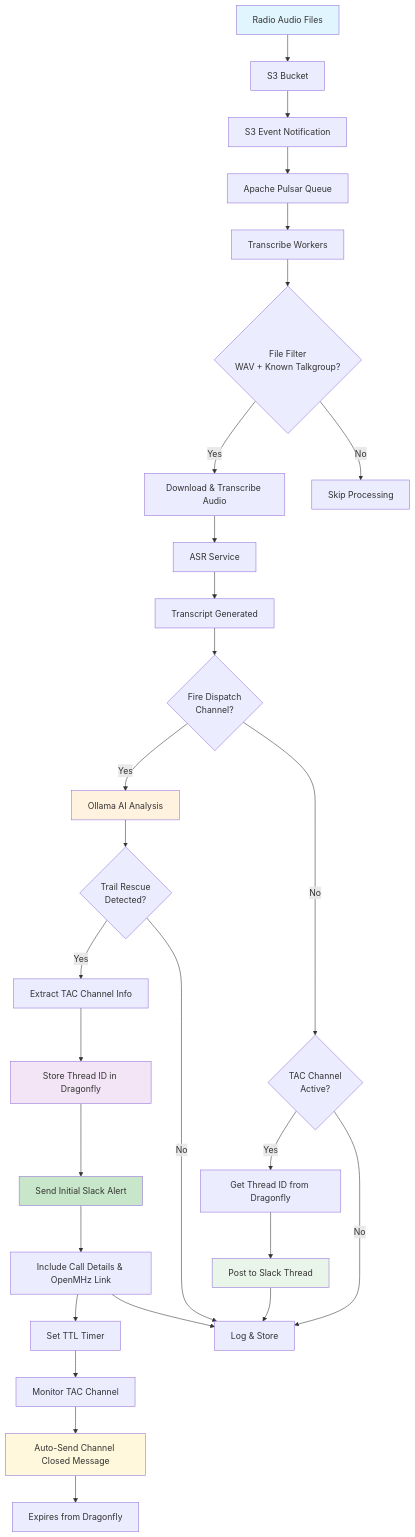
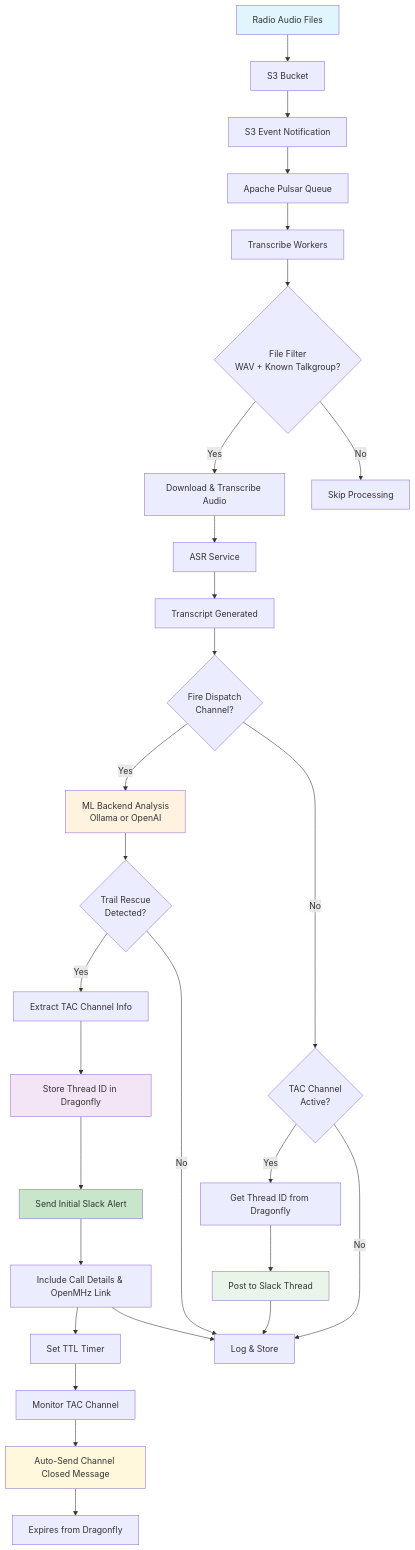
One commit to searchandrescuegg/transcribe changed the diagram in README.md. Above: the diagram before and after it, drawn with Mermaid. The commit also changed other lines of this file and 11 other files, not shown here.

````diff
--- a/README.md
+++ b/README.md
@@ -42,45 +45,45 @@
 ```mermaid
 flowchart TD
     A[Radio Audio Files] --> B[S3 Bucket]
     B --> C[S3 Event Notification]
     C --> D[Apache Pulsar Queue]
     D --> E[Transcribe Workers]
     
     E --> F{File Filter<br/>WAV + Known Talkgroup?}
     F -->|Yes| G[Download & Transcribe Audio]
     F -->|No| Z[Skip Processing]
     
     G --> H[ASR Service]
     H --> I[Transcript Generated]
     
     I --> J{Fire Dispatch<br/>Channel?}
-    J -->|Yes| K[Ollama AI Analysis]
+    J -->|Yes| K[ML Backend Analysis<br/>Ollama or OpenAI]
     J -->|No| R{TAC Channel<br/>Active?}
     
     K --> M{Trail Rescue<br/>Detected?}
     M -->|Yes| N[Extract TAC Channel Info]
     M -->|No| L[Log & Store]
     
     N --> O[Store Thread ID in Dragonfly]
     O --> P[Send Initial Slack Alert]
     P --> Q[Include Call Details & OpenMHz Link]
     
     R -->|Yes| S[Get Thread ID from Dragonfly]
     R -->|No| L
     S --> T[Post to Slack Thread]
     
     Q --> U[Set TTL Timer]
     U --> V[Monitor TAC Channel]
     V --> W[Auto-Send Channel Closed Message]
     
     T --> L
     W --> X[Expires from Dragonfly]
     Q --> L
     
     style A fill:#e1f5fe
     style P fill:#c8e6c9
     style K fill:#fff3e0
     style O fill:#f3e5f5
     style T fill:#e8f5e8
     style W fill:#fff8dc
 ```
````
